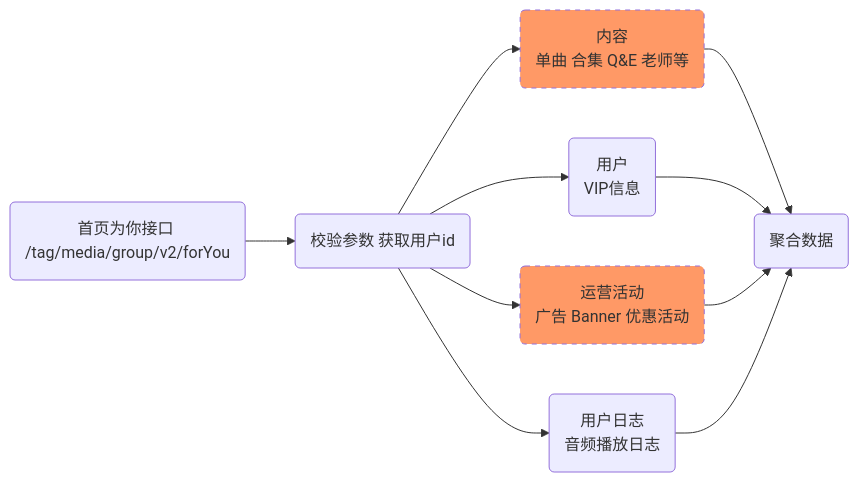
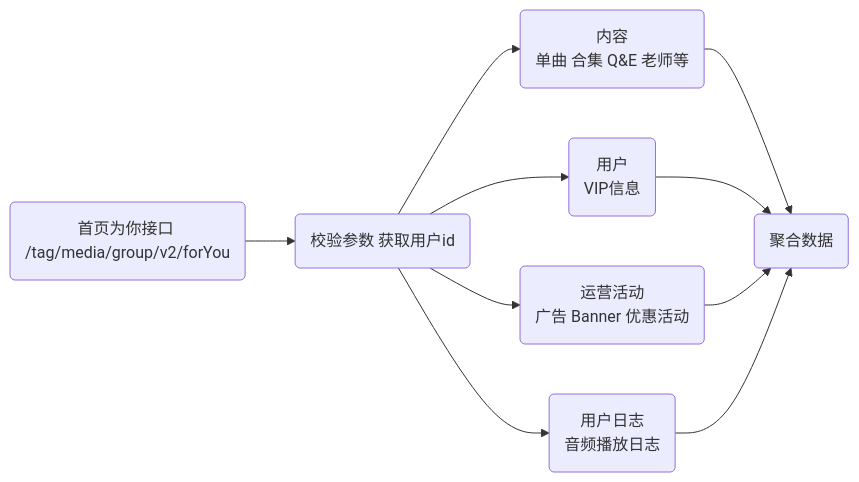
The fifth of 7 diagrams in _posts/2021-07-26-3-month-sharing.md (dengqinghua/dengqinghua.github.io), drawn with Mermaid before and after one commit. The commit also changed other lines of this file and 37 other files, not shown here.

```diff
--- a/_posts/2021-07-26-3-month-sharing.md
+++ b/_posts/2021-07-26-3-month-sharing.md
@@ -200,14 +488,11 @@
 <div class="mermaid" markdown="0">
 graph LR;
     biz1(首页为你接口 <br />/tag/media/group/v2/forYou);
     check(校验参数 获取用户id);
     biz11(内容<br >单曲 合集 Q&E 老师等);
     biz12(用户<br > VIP信息);
     biz13(运营活动<br > 广告 Banner 优惠活动);
     biz14(用户日志<br >音频播放日志);
     final(聚合数据)
     biz1-->check-->biz11 & biz12 & biz13 & biz14-->final;
-
-    style biz11 fill:#f96f,stroke-dasharray: 5 5
-    style biz13 fill:#f96f,stroke-dasharray: 5 5
 </div>
```
